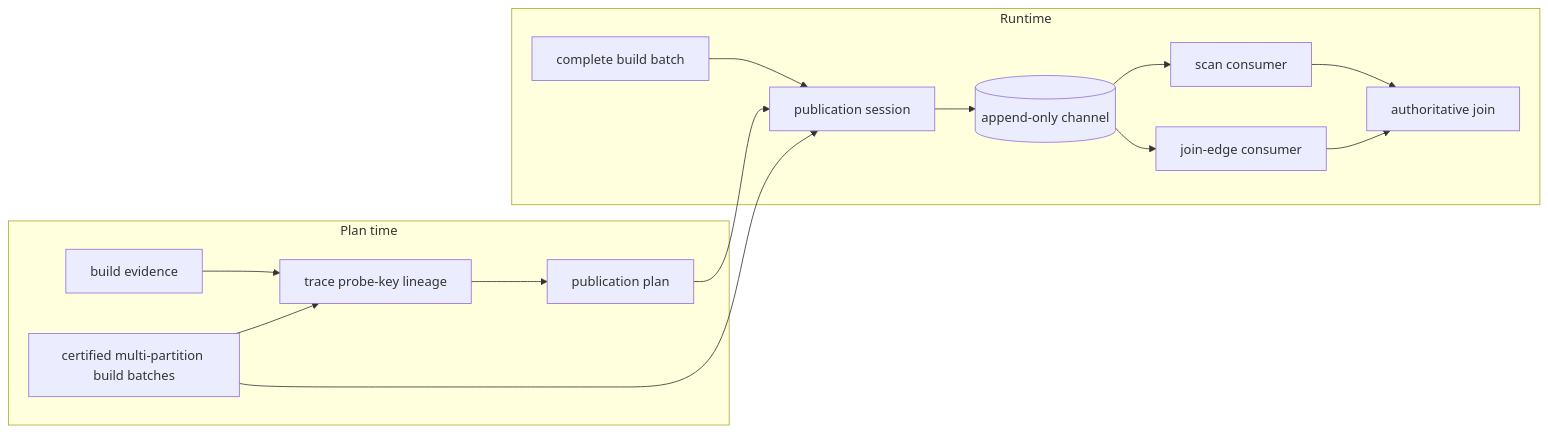
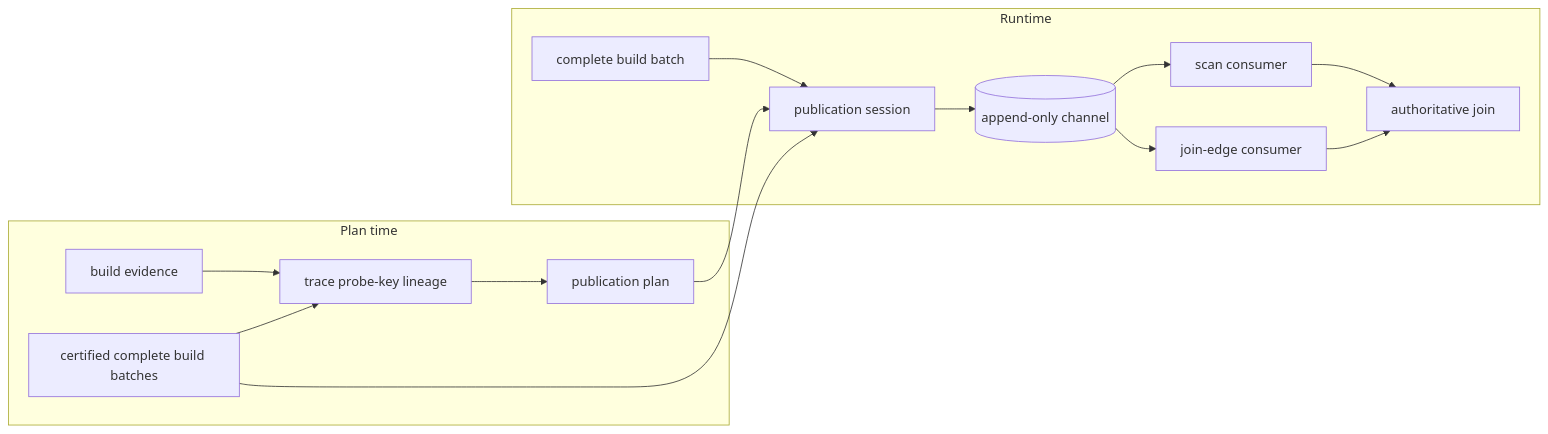
Before and after one commit to sirius-db/sirius: the second of 2 diagrams in docs/super-sirius/dynamic-filters.md, drawn with Mermaid. The commit also changed other lines of this file and 23 other files, not shown here.

````diff
--- a/docs/super-sirius/dynamic-filters.md
+++ b/docs/super-sirius/dynamic-filters.md
@@ -36,19 +36,19 @@
 ```mermaid
 flowchart LR
     subgraph PLAN["Plan time"]
         E["build evidence"] --> D["trace probe-key lineage"]
         A["admit join keys"] --> D
         D --> P["publication plan"]
     end
 
     subgraph RUN["Runtime"]
         B["complete build batch"] --> U["publication session"]
-        A["certified multi-partition build batches"] --> U
+        A["certified complete build batches"] --> U
         P --> U
         U --> C[("append-only channel")]
         C --> S["scan consumer"]
         C --> X["join-edge consumer"]
         S --> J["authoritative join"]
         X --> J
     end
 ```
````
